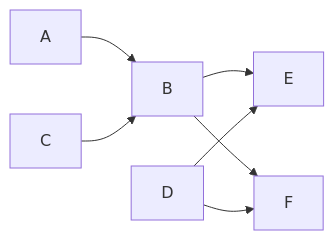
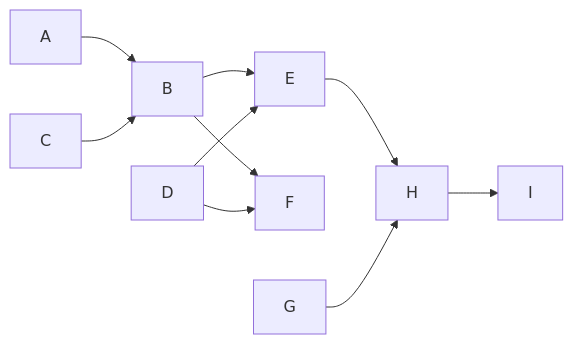
Before and after one commit to nikhilsimha/take-home: the first of 2 diagrams in README.md, drawn with Mermaid. The commit also changed other lines of this file, not shown here.

````diff
--- a/README.md
+++ b/README.md
@@ -6,9 +6,12 @@
 ```mermaid
 graph LR
     A --> B
     C --> B
     B --> E
     B --> F
     D --> E
     D --> F
+    E --> H
+    G --> H
+    H --> I
 ```
````
